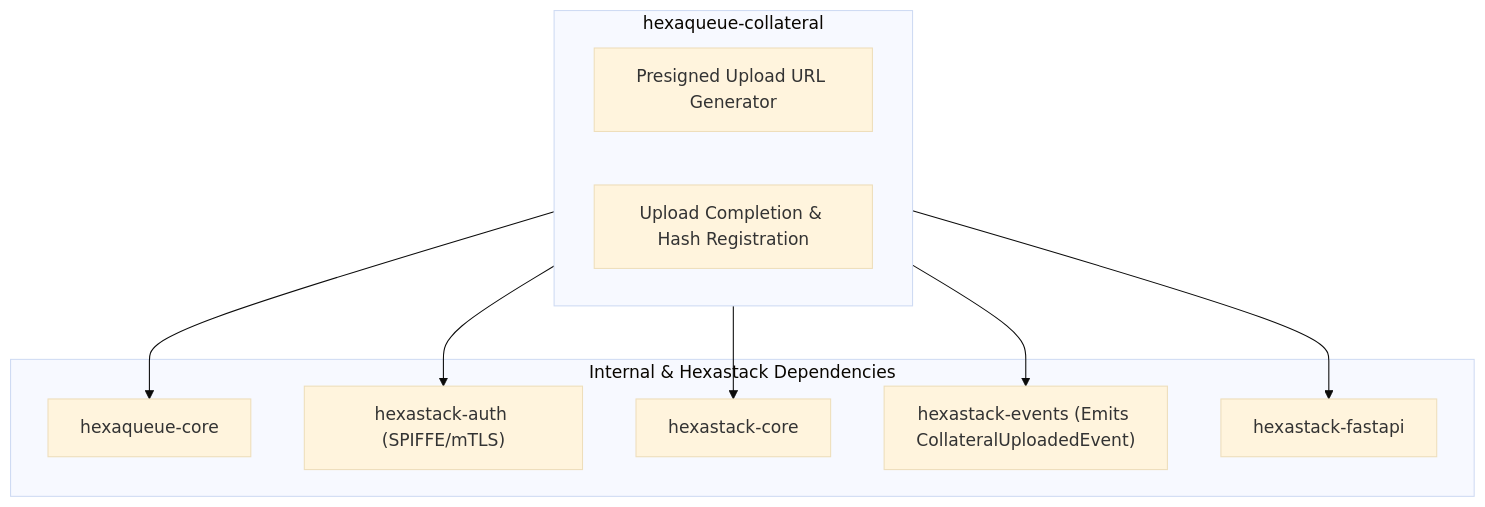
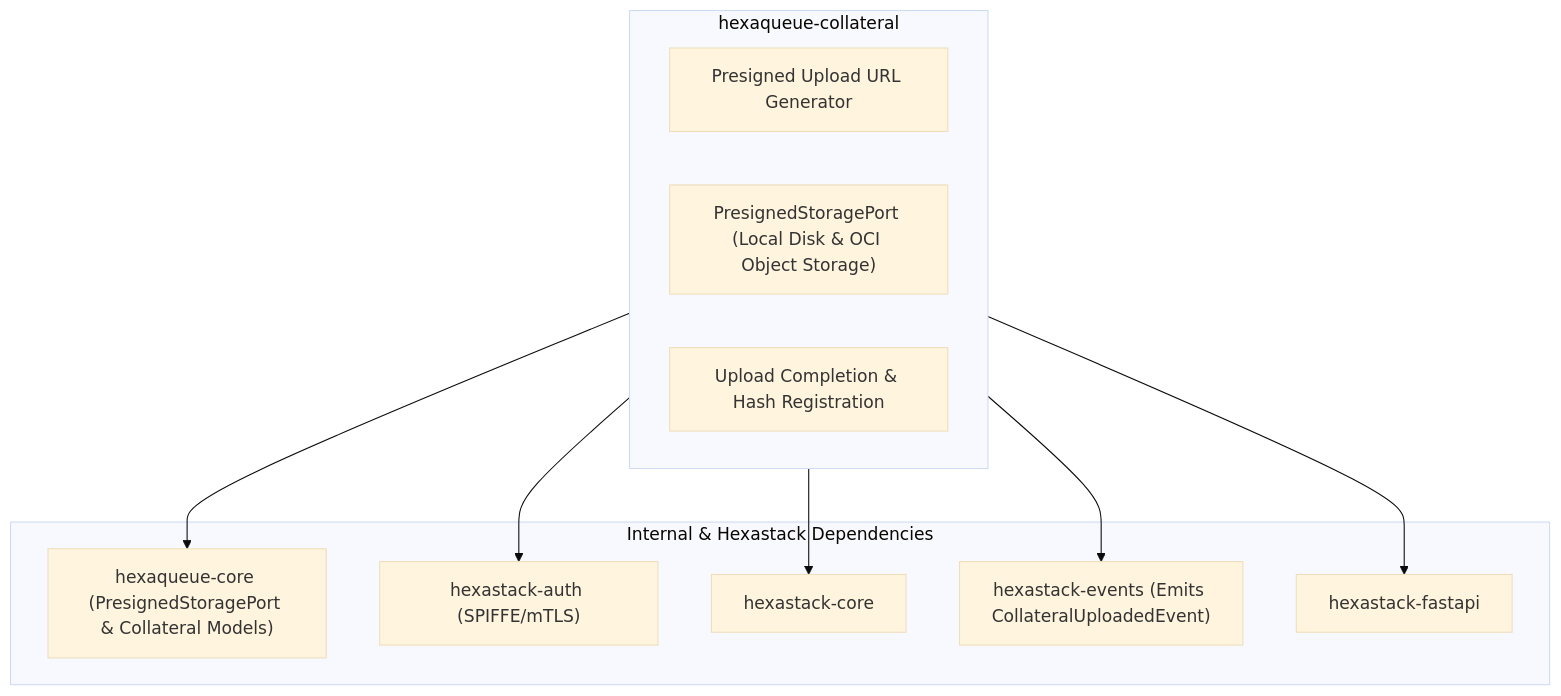
One commit to TheTrueSCU/hexaqueue changed the diagram in packages/hexaqueue_collateral/README.md. Above: the diagram before and after it, drawn with Mermaid (base theme). The commit also changed 10 other files, not shown here.

Commit message:
docs: update READMEs, CHANGELOG, and ephemeral cloud slicing topology diagram for ADR-008

````diff
--- a/packages/hexaqueue_collateral/README.md
+++ b/packages/hexaqueue_collateral/README.md
@@ -19,21 +19,22 @@
 ```mermaid
 graph TD
     subgraph S1["hexaqueue-collateral"]
         URL_GEN["Presigned Upload URL Generator"]
+        STORAGE["PresignedStoragePort (Local Disk & OCI Object Storage)"]
         NOTIFY["Upload Completion & Hash Registration"]
     end
 
     subgraph S2["Internal & Hexastack Dependencies"]
-        HQ_CORE["hexaqueue-core"]
+        HQ_CORE["hexaqueue-core (PresignedStoragePort & Collateral Models)"]
         HS_AUTH["hexastack-auth (SPIFFE/mTLS)"]
         HS_CORE["hexastack-core"]
         HS_EVENTS["hexastack-events (Emits CollateralUploadedEvent)"]
         HS_FASTAPI["hexastack-fastapi"]
     end
 
     S1 --> HQ_CORE
     S1 --> HS_AUTH
     S1 --> HS_CORE
     S1 --> HS_EVENTS
     S1 --> HS_FASTAPI
 ```
````
